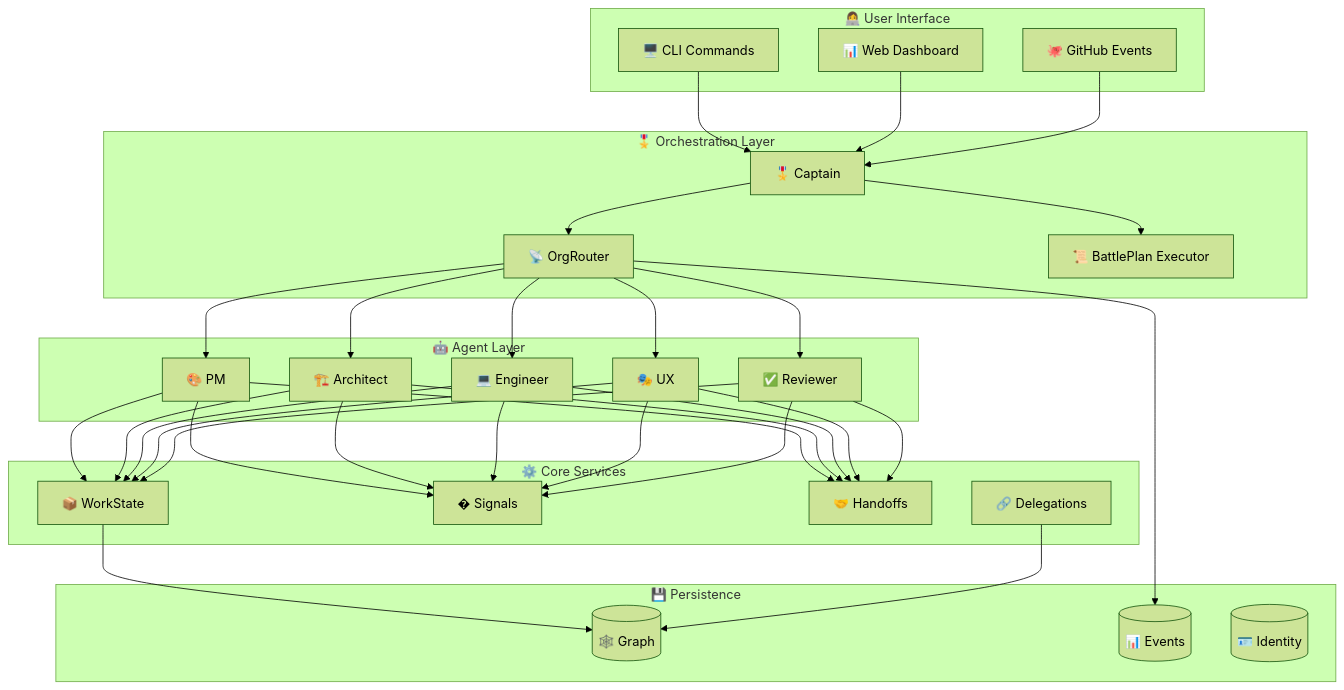
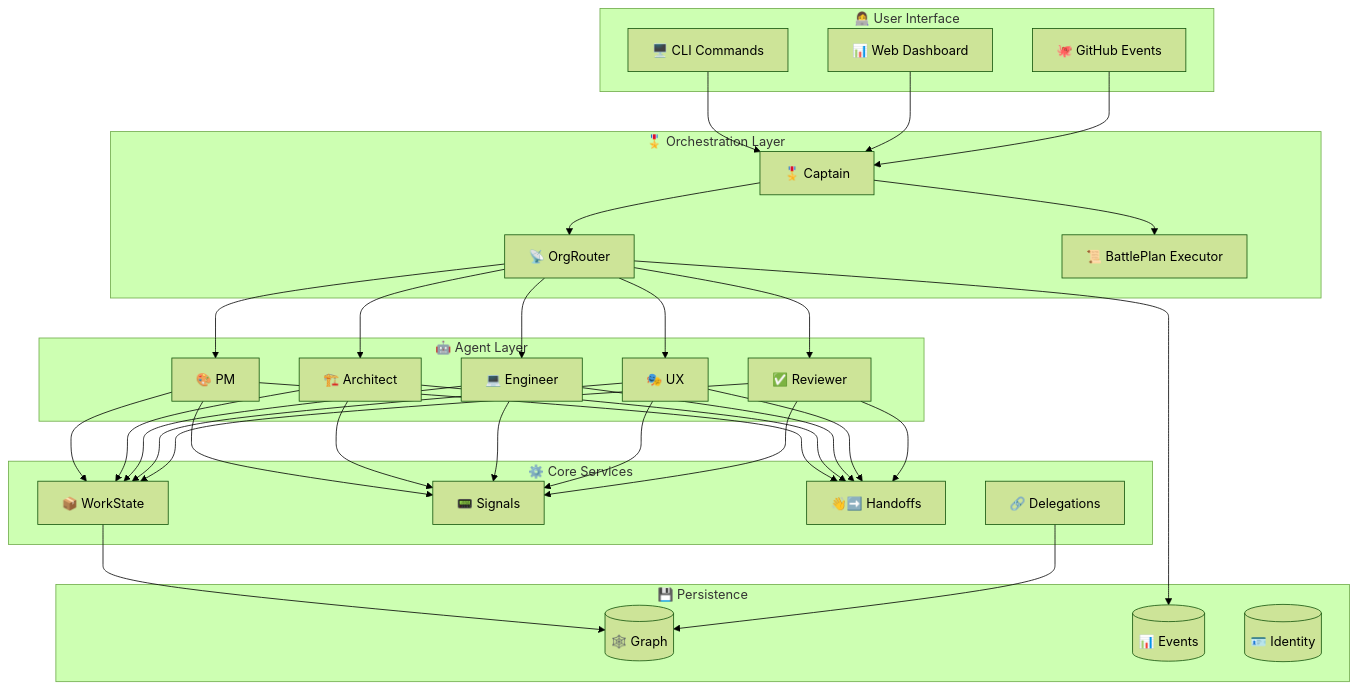
One commit to jnPiyush/AI-Squad changed the seventh of 7 diagrams in README.md. Above: the diagram before and after it, drawn with Mermaid (forest theme). The commit also changed other lines of this file, not shown here.

First line of the commit message:
Improve Handoff and Signal emojis for clarity

````diff
--- a/README.md
+++ b/README.md
@@ -530,43 +530,43 @@
 ```mermaid
 graph TB
     subgraph "👩‍💻 User Interface"
         CLI["🖥️ CLI Commands"]
         Dashboard["📊 Web Dashboard"]
         GH["🐙 GitHub Events"]
     end
     
     subgraph "🎖️ Orchestration Layer"
         Captain["🎖️ Captain"]
         Router["📡 OrgRouter"]
         BPE["📜 BattlePlan Executor"]
     end
     
     subgraph "🤖 Agent Layer"
         PM["🎨 PM"]
         Arch["🏗️ Architect"]
         Eng["💻 Engineer"]
         UX["🎭 UX"]
         Rev["✅ Reviewer"]
     end
     
     subgraph "⚙️ Core Services"
         WS["📦 WorkState"]
-        Signal["� Signals"]
-        Handoff["🤝 Handoffs"]
+        Signal["📟 Signals"]
+        Handoff["👋➡️ Handoffs"]
         Del["🔗 Delegations"]
     end
     
     subgraph "💾 Persistence"
         Graph[("🕸️ Graph")]
         Events[("📊 Events")]
         Identity[("🪪 Identity")]
     end
     
     CLI & Dashboard & GH --> Captain
     Captain --> Router --> PM & Arch & Eng & UX & Rev
     Captain --> BPE
     PM & Arch & Eng & UX & Rev --> WS & Signal & Handoff
     WS --> Graph
     Del --> Graph
     Router --> Events
 ```
````
